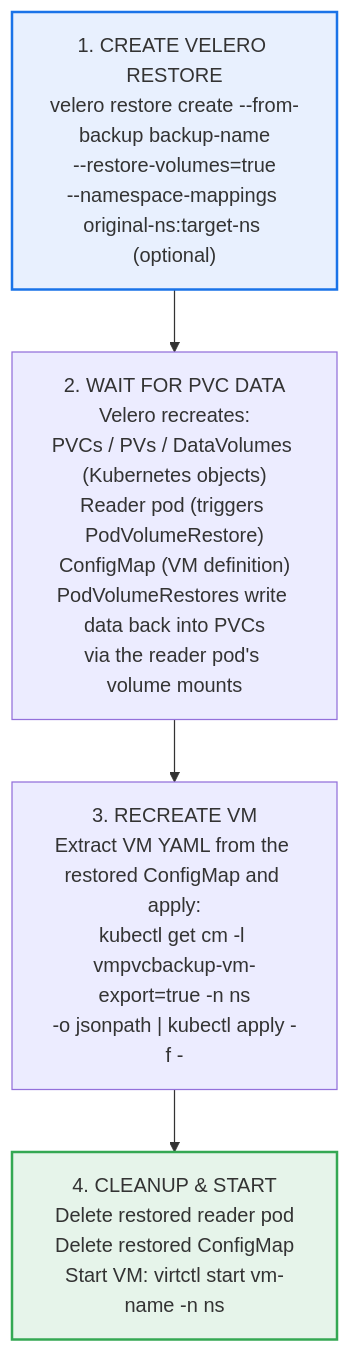
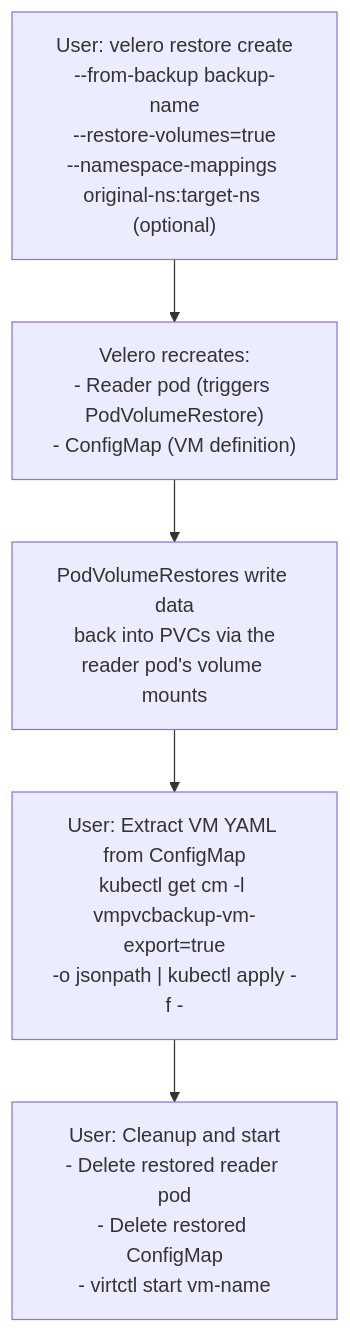
Before and after one commit to code-lover636/Kubevirt-VM-Backup: the fourth of 6 diagrams in docs/architecture.md, drawn with Mermaid. The commit also changed other lines of this file and 1 other file, not shown here.

Commit message:
Fix README to match actual controller code, improve architecture diagrams

````diff
--- a/docs/architecture.md
+++ b/docs/architecture.md
@@ -61,13 +100,16 @@
 ```mermaid
 flowchart TD
-    A["1. CREATE VELERO RESTORE<br/>velero restore create --from-backup backup-name<br/>--restore-volumes=true<br/>--namespace-mappings original-ns:target-ns (optional)"] --> B
+    A["User: velero restore create<br/>--from-backup backup-name<br/>--restore-volumes=true<br/>--namespace-mappings original-ns:target-ns (optional)"]
+    A --> B
 
-    B["2. WAIT FOR PVC DATA<br/>Velero recreates:<br/>PVCs / PVs / DataVolumes (Kubernetes objects)<br/>Reader pod (triggers PodVolumeRestore)<br/>ConfigMap (VM definition)<br/>PodVolumeRestores write data back into PVCs<br/>via the reader pod's volume mounts"] --> C
+    B["Velero recreates:<br/>- Reader pod (triggers PodVolumeRestore)<br/>- ConfigMap (VM definition)"]
+    B --> C
 
-    C["3. RECREATE VM<br/>Extract VM YAML from the restored ConfigMap and apply:<br/>kubectl get cm -l vmpvcbackup-vm-export=true -n ns<br/>-o jsonpath | kubectl apply -f -"] --> D
+    C["PodVolumeRestores write data<br/>back into PVCs via the<br/>reader pod's volume mounts"]
+    C --> D
 
-    D["4. CLEANUP & START<br/>Delete restored reader pod<br/>Delete restored ConfigMap<br/>Start VM: virtctl start vm-name -n ns"]
+    D["User: Extract VM YAML from ConfigMap<br/>kubectl get cm -l vmpvcbackup-vm-export=true<br/>-o jsonpath | kubectl apply -f -"]
+    D --> E
 
-    style A fill:#e8f0fe,stroke:#1a73e8,stroke-width:2px
-    style D fill:#e6f4ea,stroke:#34a853,stroke-width:2px
+    E["User: Cleanup and start<br/>- Delete restored reader pod<br/>- Delete restored ConfigMap<br/>- virtctl start vm-name"]
 ```
````
